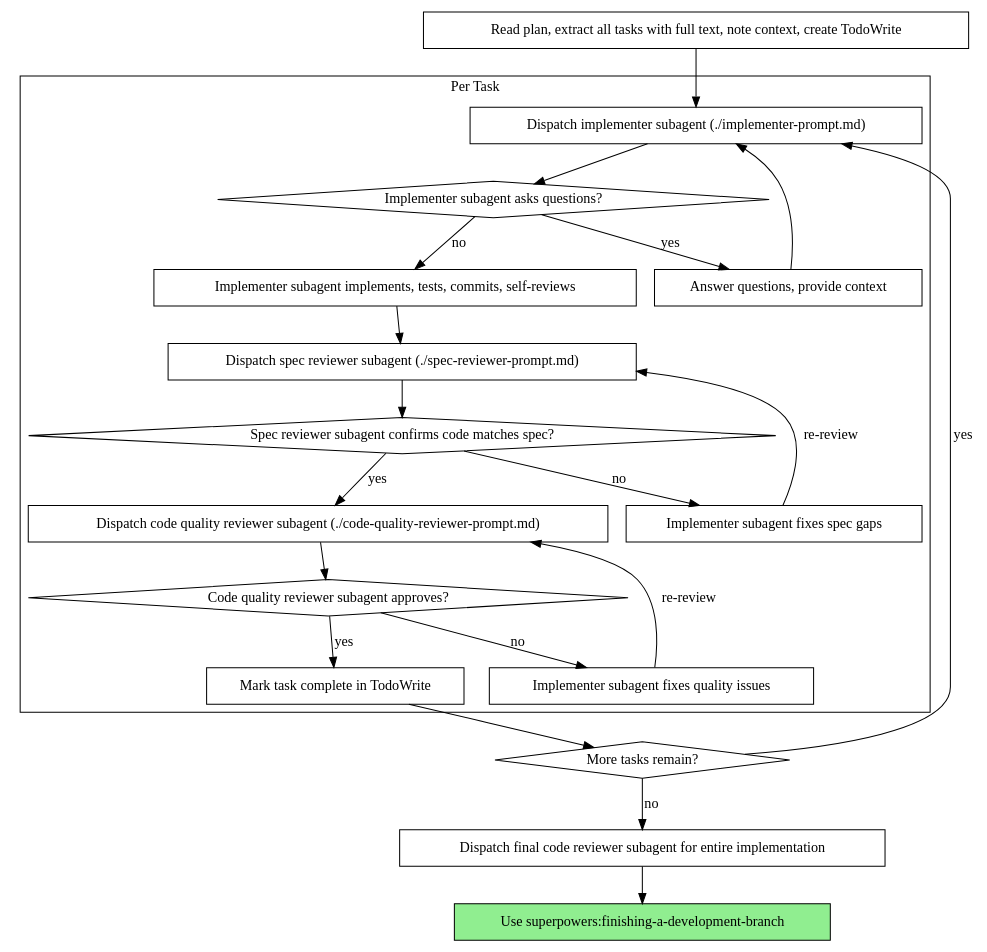
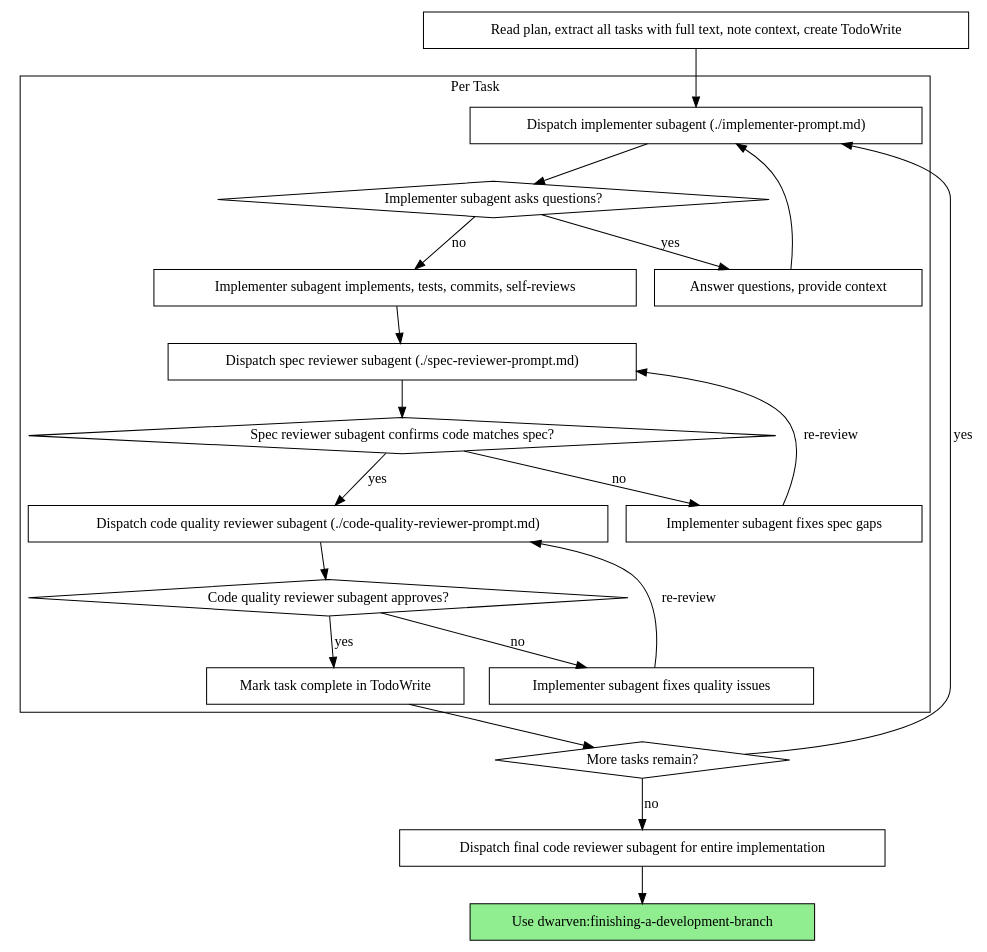
Before and after one commit to saosebastiao/dwarven: the second of 2 diagrams in skills/subagent-driven-development/SKILL.md, drawn with Graphviz. The commit also changed other lines of this file and 92 other files, not shown here.

````diff
--- a/skills/subagent-driven-development/SKILL.md
+++ b/skills/subagent-driven-development/SKILL.md
@@ -42,44 +42,44 @@
 ```dot
 digraph process {
     rankdir=TB;
 
     subgraph cluster_per_task {
         label="Per Task";
         "Dispatch implementer subagent (./implementer-prompt.md)" [shape=box];
         "Implementer subagent asks questions?" [shape=diamond];
         "Answer questions, provide context" [shape=box];
         "Implementer subagent implements, tests, commits, self-reviews" [shape=box];
         "Dispatch spec reviewer subagent (./spec-reviewer-prompt.md)" [shape=box];
         "Spec reviewer subagent confirms code matches spec?" [shape=diamond];
         "Implementer subagent fixes spec gaps" [shape=box];
         "Dispatch code quality reviewer subagent (./code-quality-reviewer-prompt.md)" [shape=box];
         "Code quality reviewer subagent approves?" [shape=diamond];
         "Implementer subagent fixes quality issues" [shape=box];
         "Mark task complete in TodoWrite" [shape=box];
     }
 
     "Read plan, extract all tasks with full text, note context, create TodoWrite" [shape=box];
     "More tasks remain?" [shape=diamond];
     "Dispatch final code reviewer subagent for entire implementation" [shape=box];
-    "Use superpowers:finishing-a-development-branch" [shape=box style=filled fillcolor=lightgreen];
+    "Use dwarven:finishing-a-development-branch" [shape=box style=filled fillcolor=lightgreen];
 
     "Read plan, extract all tasks with full text, note context, create TodoWrite" -> "Dispatch implementer subagent (./implementer-prompt.md)";
     "Dispatch implementer subagent (./implementer-prompt.md)" -> "Implementer subagent asks questions?";
     "Implementer subagent asks questions?" -> "Answer questions, provide context" [label="yes"];
     "Answer questions, provide context" -> "Dispatch implementer subagent (./implementer-prompt.md)";
     "Implementer subagent asks questions?" -> "Implementer subagent implements, tests, commits, self-reviews" [label="no"];
     "Implementer subagent implements, tests, commits, self-reviews" -> "Dispatch spec reviewer subagent (./spec-reviewer-prompt.md)";
     "Dispatch spec reviewer subagent (./spec-reviewer-prompt.md)" -> "Spec reviewer subagent confirms code matches spec?";
     "Spec reviewer subagent confirms code matches spec?" -> "Implementer subagent fixes spec gaps" [label="no"];
     "Implementer subagent fixes spec gaps" -> "Dispatch spec reviewer subagent (./spec-reviewer-prompt.md)" [label="re-review"];
     "Spec reviewer subagent confirms code matches spec?" -> "Dispatch code quality reviewer subagent (./code-quality-reviewer-prompt.md)" [label="yes"];
     "Dispatch code quality reviewer subagent (./code-quality-reviewer-prompt.md)" -> "Code quality reviewer subagent approves?";
     "Code quality reviewer subagent approves?" -> "Implementer subagent fixes quality issues" [label="no"];
     "Implementer subagent fixes quality issues" -> "Dispatch code quality reviewer subagent (./code-quality-reviewer-prompt.md)" [label="re-review"];
     "Code quality reviewer subagent approves?" -> "Mark task complete in TodoWrite" [label="yes"];
     "Mark task complete in TodoWrite" -> "More tasks remain?";
     "More tasks remain?" -> "Dispatch implementer subagent (./implementer-prompt.md)" [label="yes"];
     "More tasks remain?" -> "Dispatch final code reviewer subagent for entire implementation" [label="no"];
-    "Dispatch final code reviewer subagent for entire implementation" -> "Use superpowers:finishing-a-development-branch";
+    "Dispatch final code reviewer subagent for entire implementation" -> "Use dwarven:finishing-a-development-branch";
 }
 ```
````
